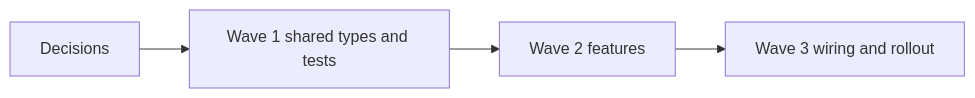
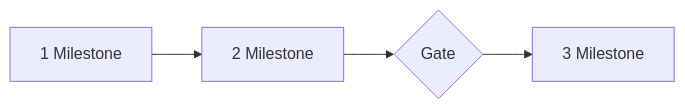
Before and after one commit to santoshkasula-rula/sk-claude-skills: the first of 3 diagrams in skills/estimate-effort/OUTPUT_TEMPLATE.md, drawn with Mermaid. The commit also changed other lines of this file and 6 other files, not shown here.

````diff
--- a/skills/estimate-effort/OUTPUT_TEMPLATE.md
+++ b/skills/estimate-effort/OUTPUT_TEMPLATE.md
@@ -147,6 +44,6 @@
 ```mermaid
 flowchart LR
-    D[Decisions] --> W1[Wave 1 shared types and tests]
-    W1 --> W2[Wave 2 features]
-    W2 --> W3[Wave 3 wiring and rollout]
+    M1[1 Milestone] --> M2[2 Milestone]
+    M2 --> G{Gate}
+    G --> M3[3 Milestone]
 ```
````
